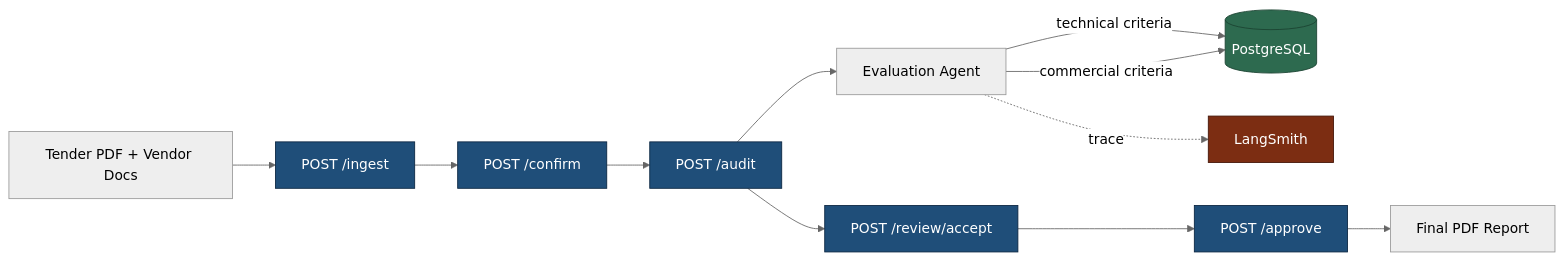
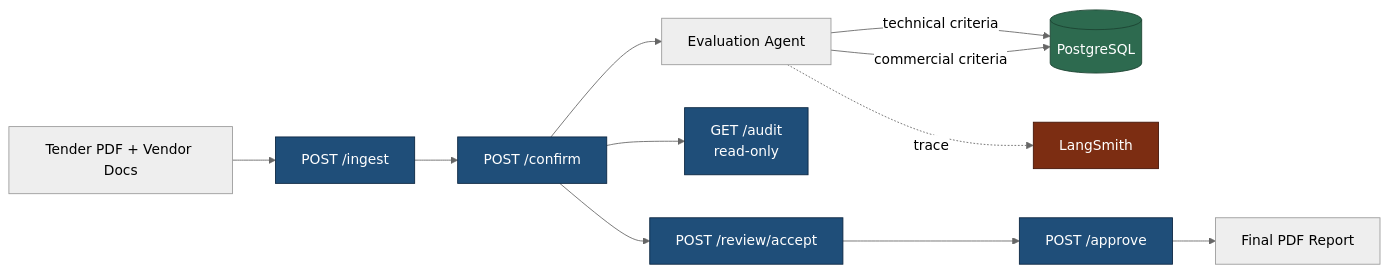
One commit to Kokkisa/procurement-evaluation-ai changed the diagram in README.md. Above: the diagram before and after it, drawn with Mermaid (neutral theme). The commit also changed other lines of this file, not shown here.

Commit message:
Block 11 follow-up: fix /audit method in README demo + mermaid

````diff
--- a/README.md
+++ b/README.md
@@ -23,20 +23,20 @@
 ```mermaid
 flowchart LR
     A[Tender PDF + Vendor Docs] --> B[POST /ingest]
     B --> C[POST /confirm]
-    C --> D[POST /audit]
-    D --> E[Evaluation Agent]
+    C --> E[Evaluation Agent]
+    C --> D[GET /audit<br/>read-only]
     E -->|technical criteria| F[(PostgreSQL)]
     E -->|commercial criteria| F
-    D --> G[POST /review/accept]
+    C --> G[POST /review/accept]
     G --> H[POST /approve]
     H --> I[Final PDF Report]
     E -.trace.-> J[LangSmith]
 
     classDef api fill:#1f4e79,stroke:#0a2540,color:#fff
     classDef storage fill:#2d6a4f,stroke:#1b4332,color:#fff
     classDef obs fill:#7c2d12,stroke:#431407,color:#fff
     class B,C,D,G,H api
     class F storage
     class J obs
 ```
````
